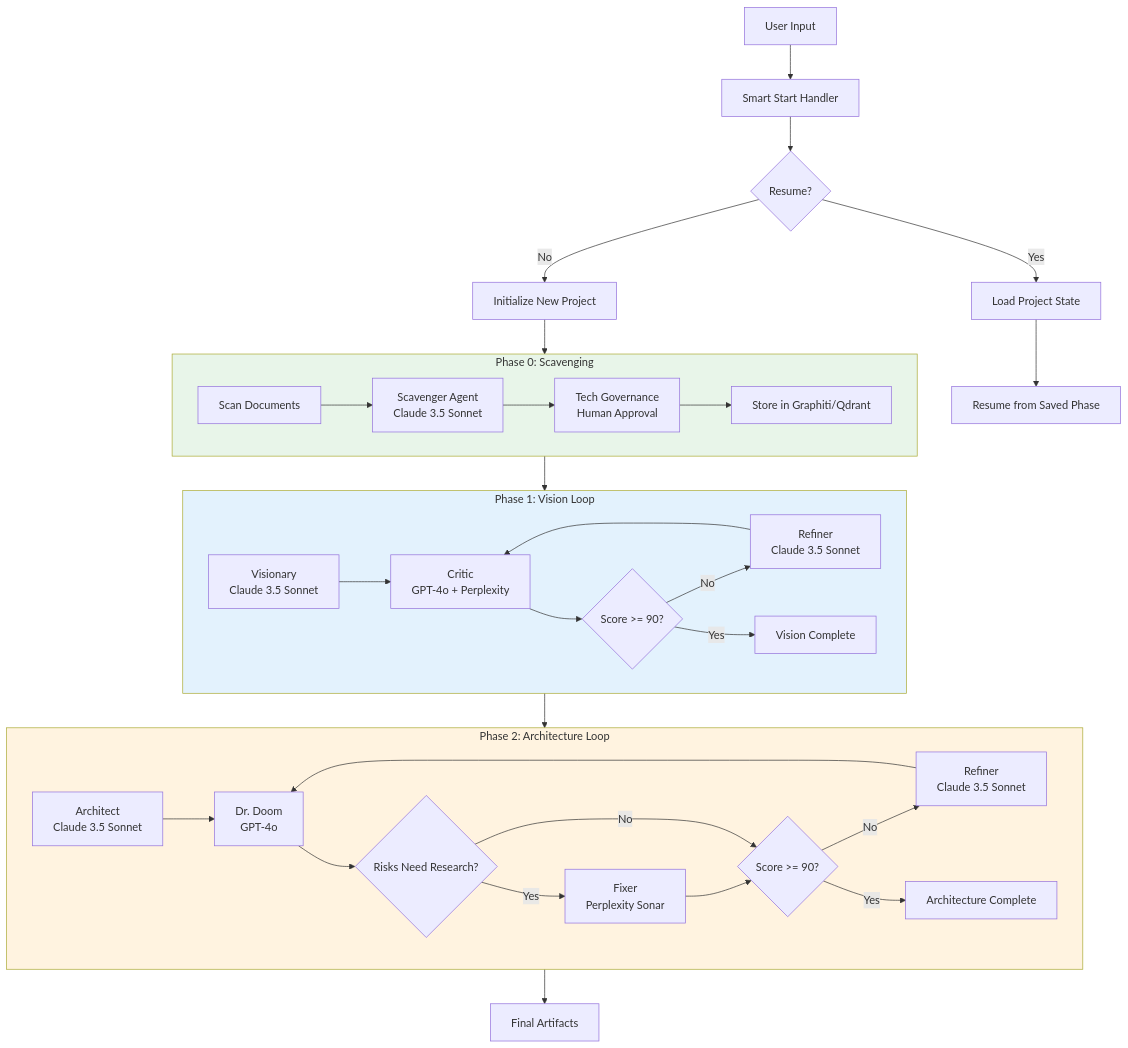
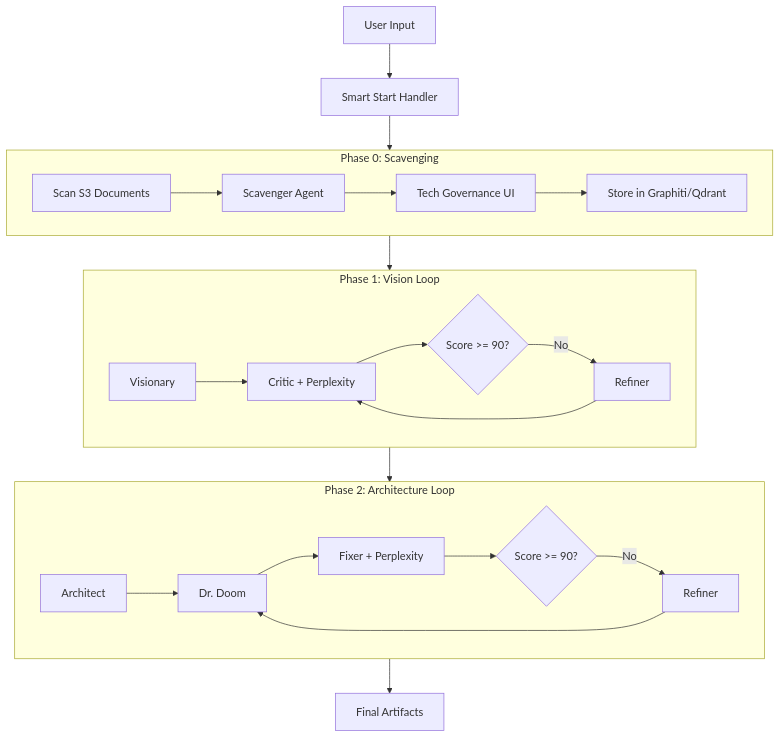
The diagram in CLAUDE.md (EtroxTaran/curosr-n8n), drawn with Mermaid before and after one commit. The commit also changed other lines of this file and 5 other files, not shown here.

````diff
--- a/CLAUDE.md
+++ b/CLAUDE.md
@@ -3971,46 +79,29 @@
 ```mermaid
 flowchart TB
     User[User Input] --> SmartStart[Smart Start Handler]
-
-    SmartStart --> CheckResume{Resume?}
-    CheckResume -->|Yes| LoadState[Load Project State]
-    CheckResume -->|No| NewProject[Initialize New Project]
-
-    LoadState --> ResumePhase[Resume from Saved Phase]
-    NewProject --> Phase0
+    SmartStart --> Phase0[Phase 0: Scavenging]
+    Phase0 --> Phase1[Phase 1: Vision Loop]
+    Phase1 --> Phase2[Phase 2: Architecture Loop]
+    Phase2 --> Output[Final Artifacts]
 
     subgraph Phase0[Phase 0: Scavenging]
-        Scan[Scan Documents] --> Extract[Scavenger Agent<br/>Claude 3.5 Sonnet]
-        Extract --> Governance[Tech Governance<br/>Human Approval]
+        Scan[Scan S3 Documents] --> Extract[Scavenger Agent]
+        Extract --> Governance[Tech Governance UI]
         Governance --> Store[Store in Graphiti/Qdrant]
     end
 
-    Phase0 --> Phase1
-
     subgraph Phase1[Phase 1: Vision Loop]
-        V_Create[Visionary<br/>Claude 3.5 Sonnet] --> V_Critique[Critic<br/>GPT-4o + Perplexity]
-        V_Critique --> V_Check{Score >= 90?}
-        V_Check -->|No| V_Refine[Refiner<br/>Claude 3.5 Sonnet]
-        V_Refine --> V_Critique
-        V_Check -->|Yes| V_Done[Vision Complete]
+        V1[Visionary] --> V2[Critic + Perplexity]
+        V2 --> V3{Score >= 90?}
+        V3 -->|No| V4[Refiner]
+        V4 --> V2
     end
 
-    Phase1 --> Phase2
-
     subgraph Phase2[Phase 2: Architecture Loop]
-        A_Create[Architect<br/>Claude 3.5 Sonnet] --> A_Validate[Dr. Doom<br/>GPT-4o]
-        A_Validate --> A_Research{Risks Need Research?}
-        A_Research -->|Yes| A_Fix[Fixer<br/>Perplexity Sonar]
-        A_Fix --> A_Check
-        A_Research -->|No| A_Check{Score >= 90?}
-        A_Check -->|No| A_Refine[Refiner<br/>Claude 3.5 Sonnet]
-        A_Refine --> A_Validate
-        A_Check -->|Yes| A_Done[Architecture Complete]
+        A1[Architect] --> A2[Dr. Doom]
+        A2 --> A3[Fixer + Perplexity]
+        A3 --> A4{Score >= 90?}
+        A4 -->|No| A5[Refiner]
+        A5 --> A2
     end
-
-    Phase2 --> Output[Final Artifacts]
-
-    style Phase0 fill:#e8f5e9
-    style Phase1 fill:#e3f2fd
-    style Phase2 fill:#fff3e0
 ```
````
